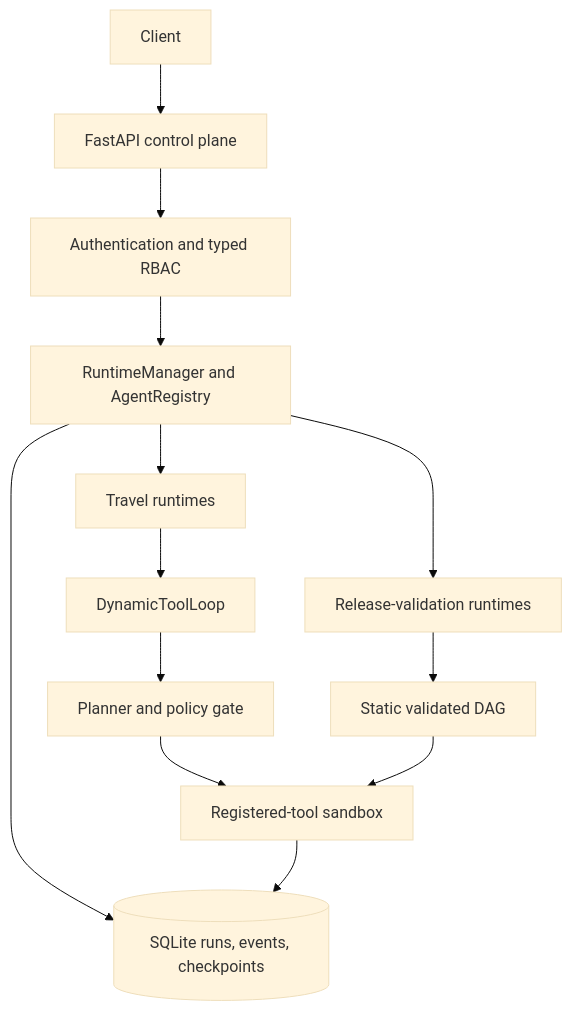
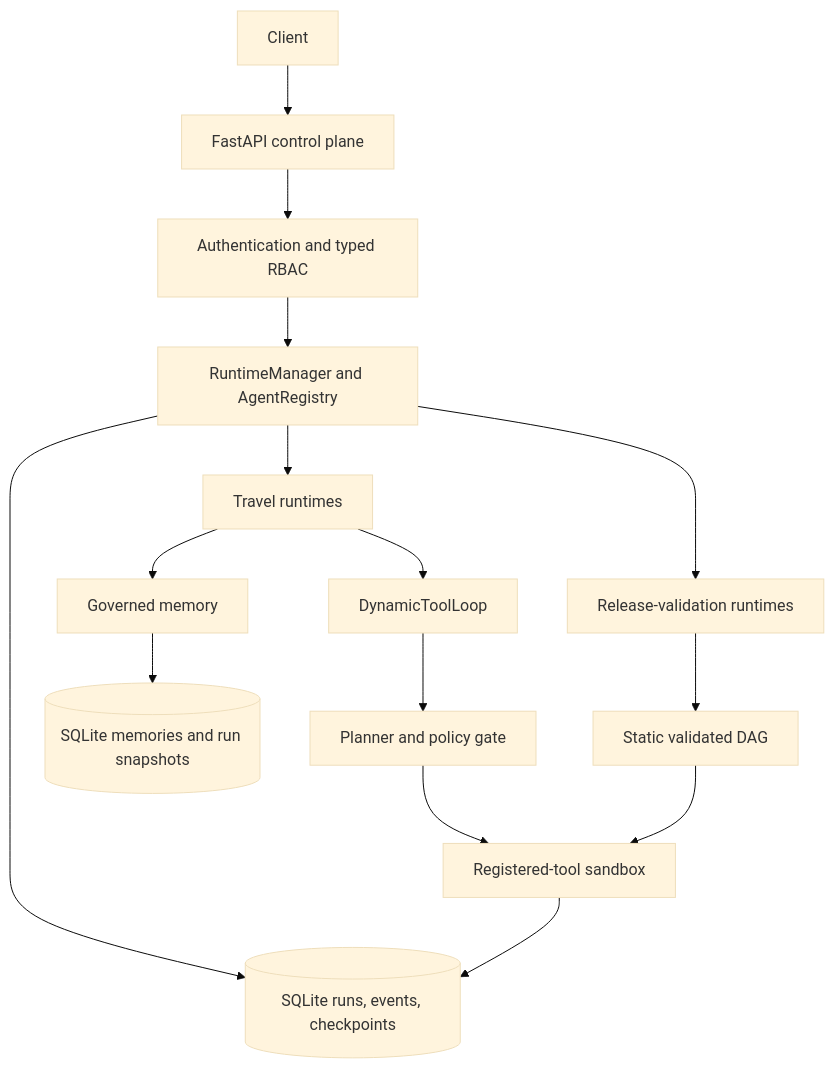
The first of 2 diagrams in README.md (YingzuoLiu/agent-runtime-platform), drawn with Mermaid (base theme) before and after one commit. The commit also changed other lines of this file and 16 other files, not shown here.

Commit message:
feat: add governed cross-thread memory

````diff
--- a/README.md
+++ b/README.md
@@ -131,15 +144,17 @@
 ```mermaid
 flowchart TB
     C[Client] --> A[FastAPI control plane]
     A --> I[Authentication and typed RBAC]
     I --> M[RuntimeManager and AgentRegistry]
     M --> S[(SQLite runs, events, checkpoints)]
     M --> T[Travel runtimes]
     M --> R[Release-validation runtimes]
+    T --> X[Governed memory]
+    X --> Q[(SQLite memories and run snapshots)]
     T --> L[DynamicToolLoop]
     R --> G[Static validated DAG]
     L --> P[Planner and policy gate]
     P --> B[Registered-tool sandbox]
     G --> B
     B --> S
 ```
````
